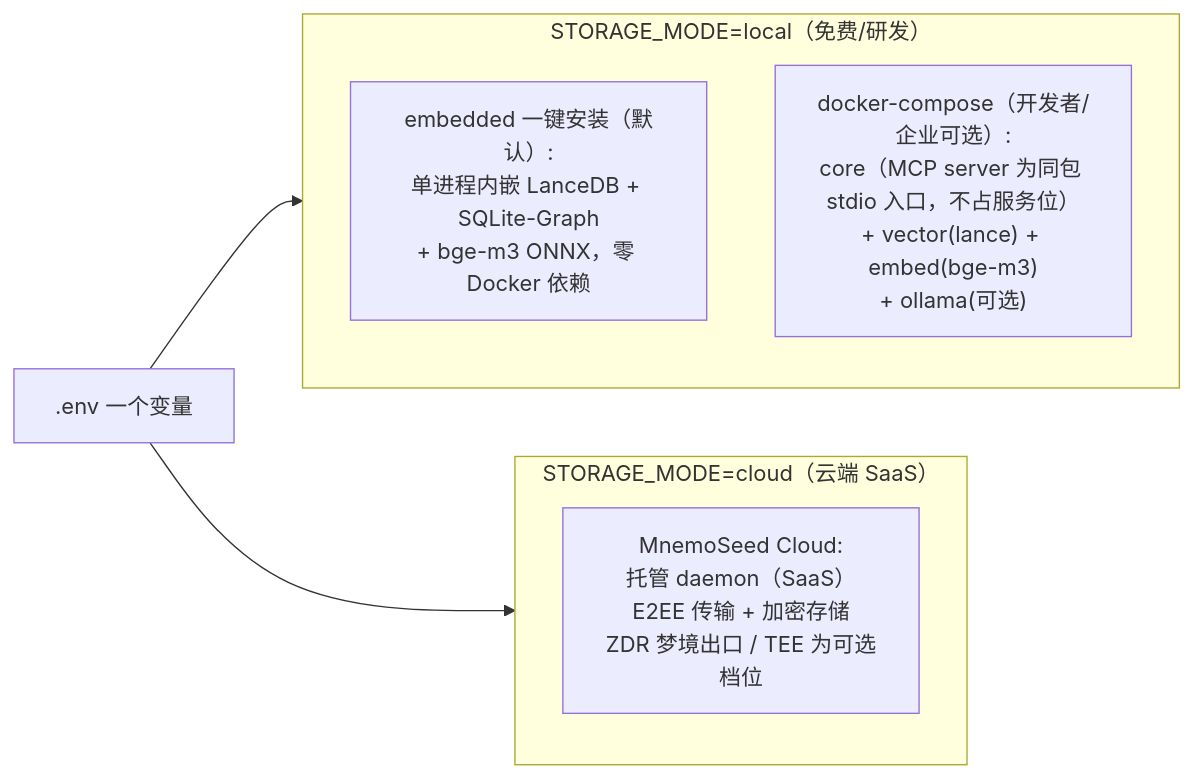
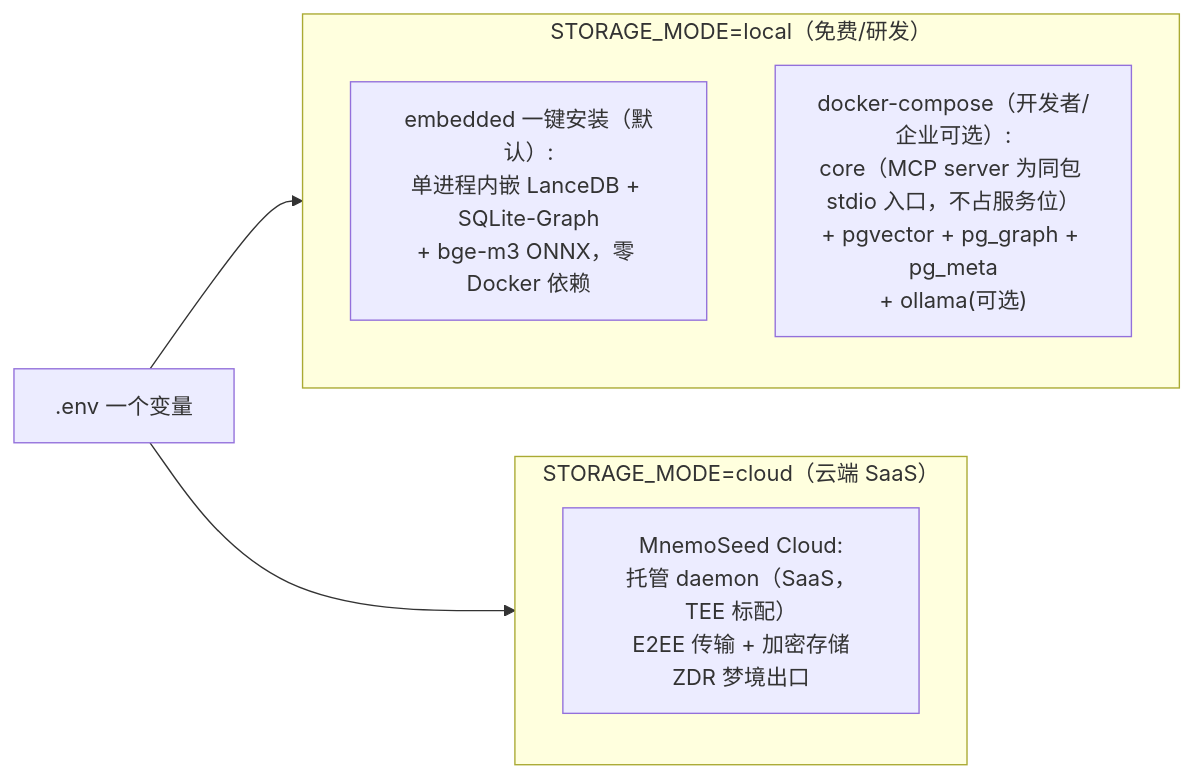
Before and after one commit to MnemoSeed/mnemoseed: the second of 2 diagrams in docs/zh/design/00-总览与设计哲学.md, drawn with Mermaid. The commit also changed other lines of this file and 18 other files, not shown here.

````diff
--- a/docs/zh/design/00-总览与设计哲学.md
+++ b/docs/zh/design/00-总览与设计哲学.md
@@ -115,12 +115,12 @@
 ```mermaid
 flowchart LR
     subgraph Local["STORAGE_MODE=local（免费/研发）"]
         L0["embedded 一键安装（默认）:<br/>单进程内嵌 LanceDB + SQLite-Graph<br/>+ bge-m3 ONNX，零 Docker 依赖"]
-        L1["docker-compose（开发者/企业可选）:<br/>core（MCP server 为同包 stdio 入口，不占服务位）<br/>+ vector(lance) + embed(bge-m3)<br/>+ ollama(可选)"]
+        L1["docker-compose（开发者/企业可选）:<br/>core（MCP server 为同包 stdio 入口，不占服务位）<br/>+ pgvector + pg_graph + pg_meta<br/>+ ollama(可选)"]
     end
     subgraph Cloud["STORAGE_MODE=cloud（云端 SaaS）"]
-        C1["MnemoSeed Cloud:<br/>托管 daemon（SaaS）<br/>E2EE 传输 + 加密存储<br/>ZDR 梦境出口 / TEE 为可选档位"]
+        C1["MnemoSeed Cloud:<br/>托管 daemon（SaaS，TEE 标配）<br/>E2EE 传输 + 加密存储<br/>ZDR 梦境出口"]
     end
     Env[".env 一个变量"] --> Local
     Env --> Cloud
 ```
````
